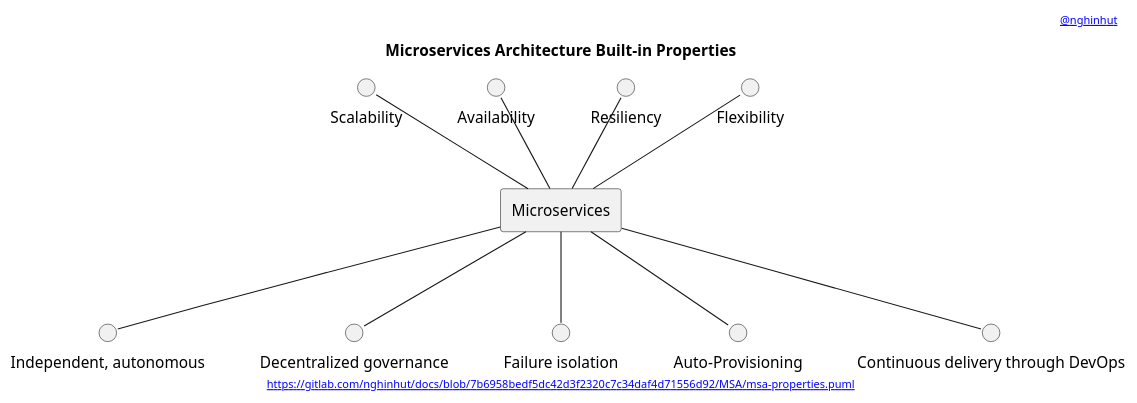
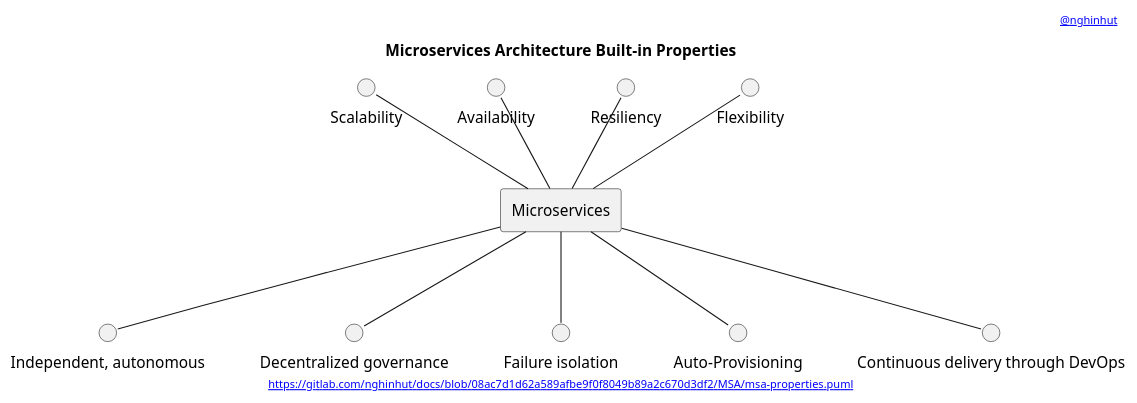
One commit to nghinhut/docs changed the diagram in MSA/msa-properties.puml. Above: the diagram before and after it, drawn with PlantUML. The commit also changed 23 other files, not shown here.

Commit message:
fix(Diagram links): Update diagram links

```diff
--- a/MSA/msa-properties.puml
+++ b/MSA/msa-properties.puml
@@ -1,31 +1,31 @@
 @startuml
 '-----START auto generated metadata please keep comment here to allow auto update-----
 '-----DON'T EDIT THIS SECTION, INSTEAD RE-RUN prebuild.sh TO UPDATE-----
-header [[https://www.nghinhut.dev?from=http%5C%3A%5C%2F%5C%2Fwww%5C.plantuml%5C.com%5C%2Fplantuml%5C%2Fproxy%3Ffmt%3Dsvg%5C%26src%3Dhttps%5C%3A%5C%2F%5C%2Fgitlab%5C.com%5C%2Fnghinhut%5C%2Fdocs%5C%2Fraw%5C%2F7b6958bedf5dc42d3f2320c7c34daf4d71556d92%5C%2FMSA%5C%2Fmsa-properties%5C.puml%0A @nghinhut]]
-footer [[http://www.plantuml.com/plantuml/proxy?fmt=svg&src=https://gitlab.com/nghinhut/docs/raw/7b6958bedf5dc42d3f2320c7c34daf4d71556d92/MSA/msa-properties.puml https://gitlab.com/nghinhut/docs/blob/7b6958bedf5dc42d3f2320c7c34daf4d71556d92/MSA/msa-properties.puml]]
+header [[https://www.nghinhut.dev?from=http%5C%3A%5C%2F%5C%2Fwww%5C.plantuml%5C.com%5C%2Fplantuml%5C%2Fproxy%3Ffmt%3Dsvg%5C%26src%3Dhttps%5C%3A%5C%2F%5C%2Fgitlab%5C.com%5C%2Fnghinhut%5C%2Fdocs%5C%2Fraw%5C%2F08ac7d1d62a589afbe9f0f8049b89a2c670d3df2%5C%2FMSA%5C%2Fmsa-properties%5C.puml%0A @nghinhut]]
+footer [[http://www.plantuml.com/plantuml/proxy?fmt=svg&src=https://gitlab.com/nghinhut/docs/raw/08ac7d1d62a589afbe9f0f8049b89a2c670d3df2/MSA/msa-properties.puml https://gitlab.com/nghinhut/docs/blob/08ac7d1d62a589afbe9f0f8049b89a2c670d3df2/MSA/msa-properties.puml]]
 '-----END auto generated metadata please keep comment here to allow auto update-----
 title Microservices Architecture Built-in Properties
 
 rectangle "Microservices" as msa
 
 circle "Scalability" as scalability
 circle "Availability" as availability
 circle "Resiliency" as resiliency
 circle "Flexibility" as flexibility
 circle "Independent, autonomous" as independent_autonomous
 circle "Decentralized governance" as decentralized_governance
 circle "Failure isolation" as failure_isolation
 circle "Auto-Provisioning" as auto_provisioning
 circle "Continuous delivery through DevOps" as cd
 
 scalability -- msa
 availability -- msa
 resiliency -- msa
 flexibility -- msa
 msa -- independent_autonomous
 msa -- decentralized_governance
 msa -- failure_isolation
 msa -- auto_provisioning
 msa -- cd
 
 @enduml
```
